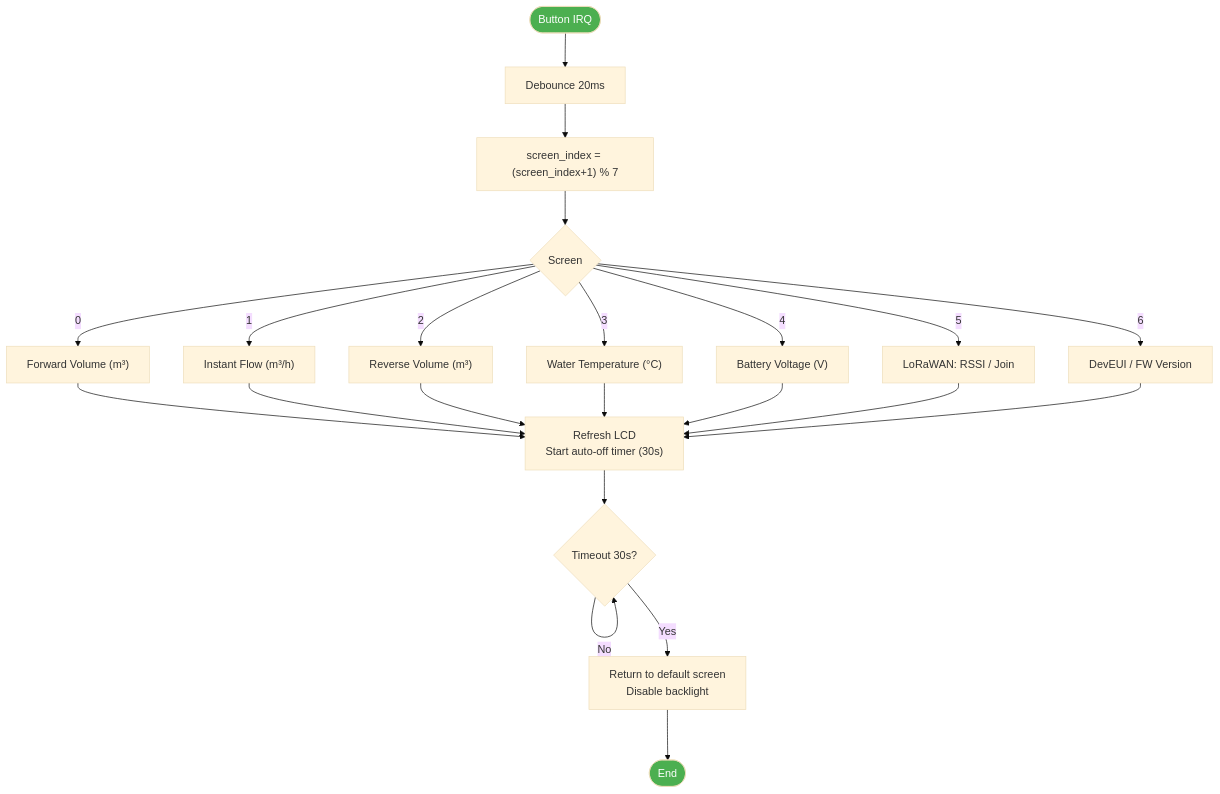
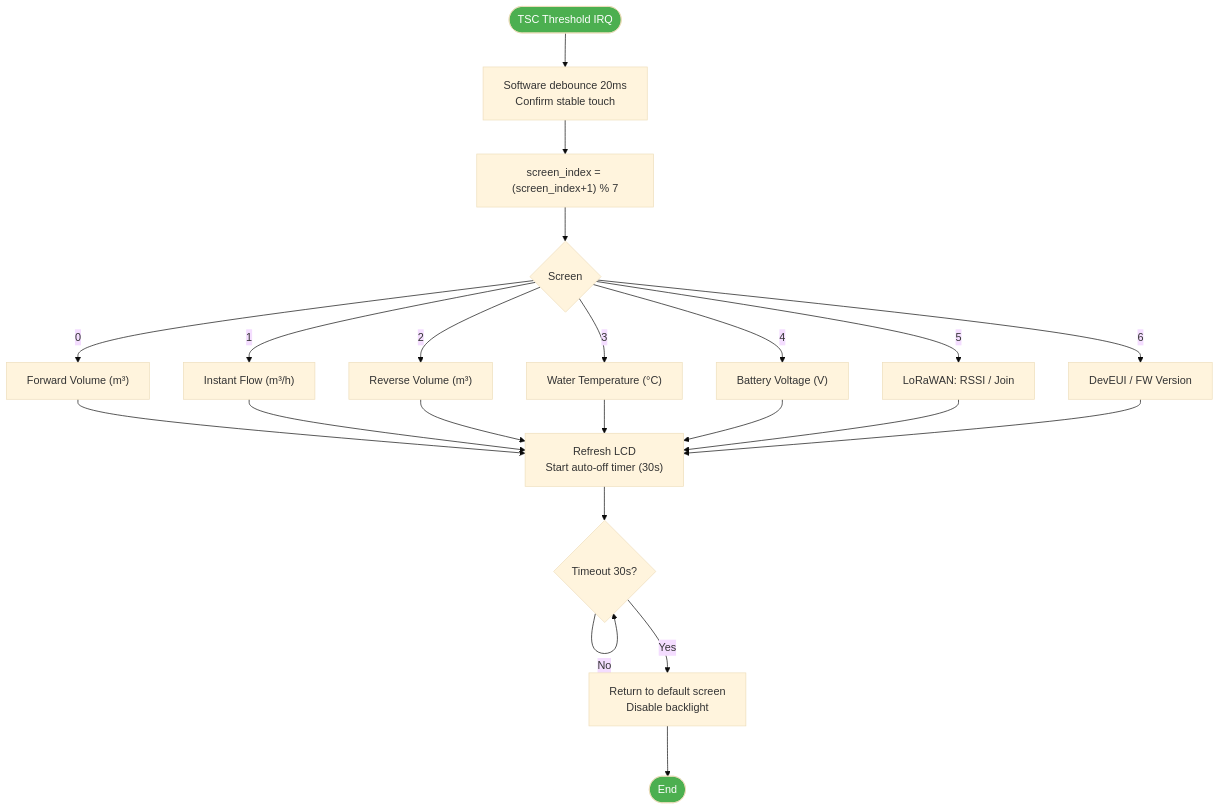
One commit to tuantran0707/WM changed the sixth of 8 diagrams in documentation/DUT/Firmware_Flowchart_BlockDiagram.md. Above: the diagram before and after it, drawn with Mermaid (base theme). The commit also changed other lines of this file, not shown here.

Commit message:
fix main firmware flowchart and TOF flowchart

````diff
--- a/documentation/DUT/Firmware_Flowchart_BlockDiagram.md
+++ b/documentation/DUT/Firmware_Flowchart_BlockDiagram.md
@@ -204,27 +268,27 @@
 ```mermaid
 flowchart TD
-    A([Button IRQ]) --> B["Debounce 20ms"]
+    A([TSC Threshold IRQ]) --> B["Software debounce 20ms<br/>Confirm stable touch"]
     B --> C["screen_index = (screen_index+1) % 7"]
     C --> D{Screen}
     D -- 0 --> S0["Forward Volume (m³)"]
     D -- 1 --> S1["Instant Flow (m³/h)"]
     D -- 2 --> S2["Reverse Volume (m³)"]
     D -- 3 --> S3["Water Temperature (°C)"]
     D -- 4 --> S4["Battery Voltage (V)"]
     D -- 5 --> S5["LoRaWAN: RSSI / Join"]
     D -- 6 --> S6["DevEUI / FW Version"]
     S0 --> E
     S1 --> E
     S2 --> E
     S3 --> E
     S4 --> E
     S5 --> E
     S6 --> E["Refresh LCD<br/>Start auto-off timer (30s)"]
     E --> F{Timeout 30s?}
     F -- No --> F
     F -- Yes --> G["Return to default screen<br/>Disable backlight"]
     G --> END([End])
 
     style A fill:#4CAF50,color:#fff
     style END fill:#4CAF50,color:#fff
 ```
````
